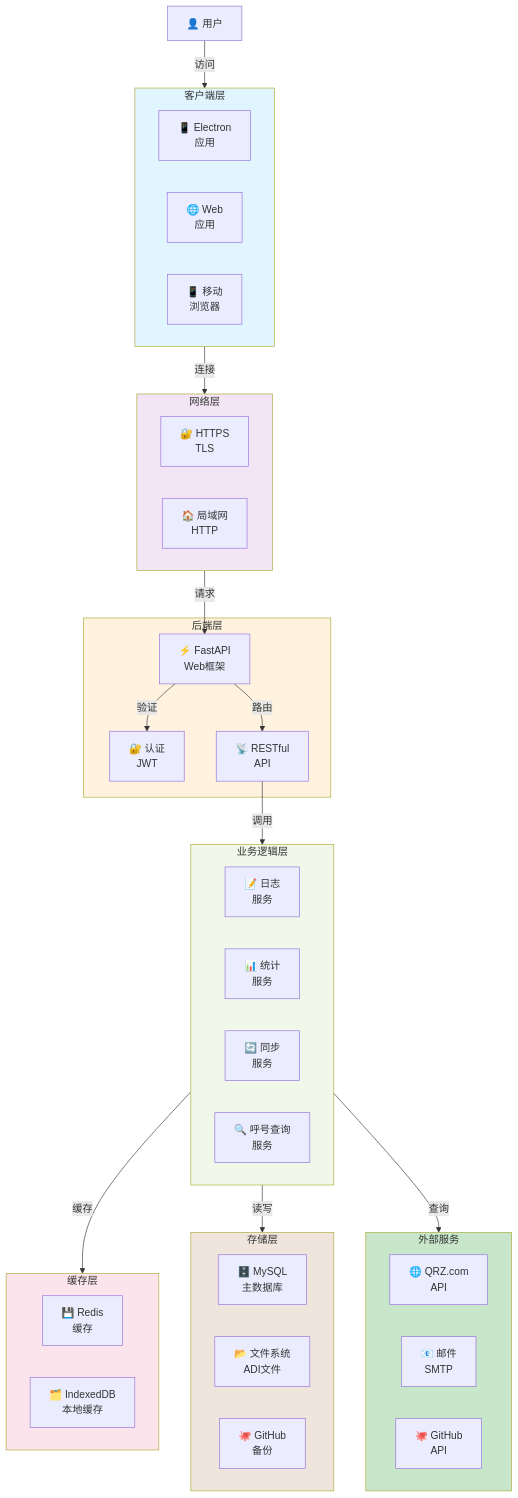
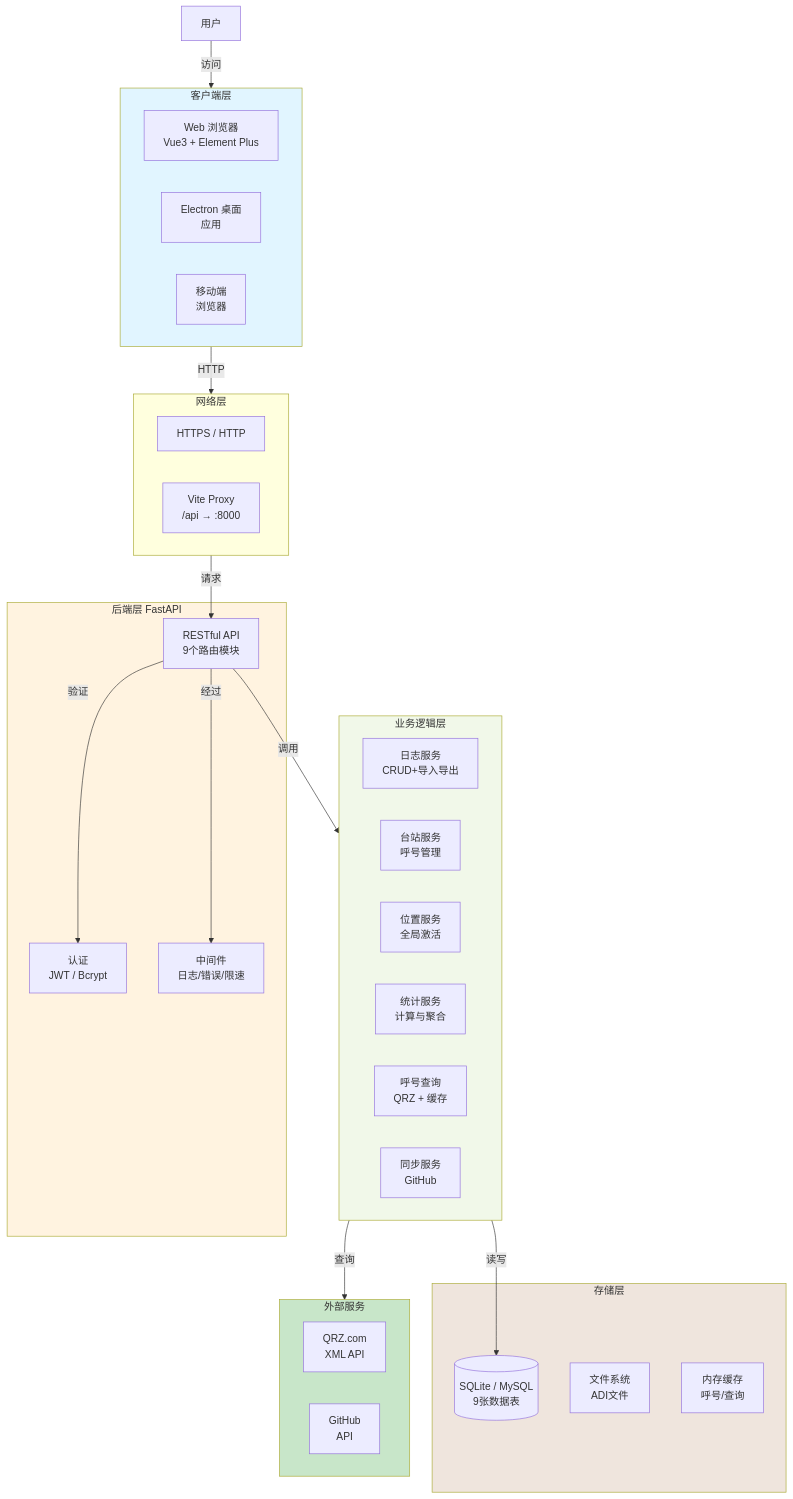
One commit to NanamiKite/radioManger changed the first of 13 diagrams in doc/07_系统架构图.md. Above: the diagram before and after it, drawn with Mermaid. The commit also changed other lines of this file and 83 other files, not shown here.

````diff
--- a/doc/07_系统架构图.md
+++ b/doc/07_系统架构图.md
@@ -5,63 +5,56 @@
 ```mermaid
 graph TB
-    User["👤 用户"]
-    
+    User["用户"]
+
     subgraph Client["客户端层"]
-        Electron["📱 Electron<br/>应用"]
-        Web["🌐 Web<br/>应用"]
-        Mobile["📱 移动<br/>浏览器"]
+        Web["Web 浏览器<br/>Vue3 + Element Plus"]
+        Electron["Electron 桌面<br/>应用"]
+        Mobile["移动端<br/>浏览器"]
     end
-    
+
     subgraph Network["网络层"]
-        HTTPS["🔐 HTTPS<br/>TLS"]
-        LAN["🏠 局域网<br/>HTTP"]
+        HTTPS["HTTPS / HTTP"]
+        DevProxy["Vite Proxy<br/>/api → :8000"]
     end
-    
-    subgraph Backend["后端层"]
-        FastAPI["⚡ FastAPI<br/>Web框架"]
-        Auth["🔐 认证<br/>JWT"]
-        API["📡 RESTful<br/>API"]
+
+    subgraph Backend["后端层 FastAPI"]
+        Auth["认证<br/>JWT / Bcrypt"]
+        API["RESTful API<br/>9个路由模块"]
+        Middleware["中间件<br/>日志/错误/限速"]
     end
-    
+
     subgraph Services["业务逻辑层"]
-        LogService["📝 日志<br/>服务"]
-        StatsService["📊 统计<br/>服务"]
-        SyncService["🔄 同步<br/>服务"]
-        QRZService["🔍 呼号查询<br/>服务"]
+        LogService["日志服务<br/>CRUD+导入导出"]
+        StationService["台站服务<br/>呼号管理"]
+        LocationService["位置服务<br/>全局激活"]
+        StatsService["统计服务<br/>计算与聚合"]
+        QRZService["呼号查询<br/>QRZ + 缓存"]
+        SyncService["同步服务<br/>GitHub"]
     end
-    
-    subgraph Cache["缓存层"]
-        Redis["💾 Redis<br/>缓存"]
-        LocalCache["🗂️ IndexedDB<br/>本地缓存"]
+
+    subgraph Storage["存储层"]
+        DB[("SQLite / MySQL<br/>9张数据表")]
+        FileSystem["文件系统<br/>ADI文件"]
+        Cache["内存缓存<br/>呼号/查询"]
     end
-    
-    subgraph Storage["存储层"]
-        MySQL["🗄️ MySQL<br/>主数据库"]
-        FileSystem["📂 文件系统<br/>ADI文件"]
-        GitHub["🐙 GitHub<br/>备份"]
+
+    subgraph External["外部服务"]
+        QRZ["QRZ.com<br/>XML API"]
+        GitHub["GitHub<br/>API"]
     end
-    
-    subgraph External["外部服务"]
-        QRZ["🌐 QRZ.com<br/>API"]
-        Email["📧 邮件<br/>SMTP"]
-        GH["🐙 GitHub<br/>API"]
-    end
-    
+
     User -->|访问| Client
-    Client -->|连接| Network
-    Network -->|请求| FastAPI
-    FastAPI -->|验证| Auth
-    FastAPI -->|路由| API
+    Client -->|HTTP| Network
+    Network -->|请求| API
+    API -->|验证| Auth
+    API -->|经过| Middleware
     API -->|调用| Services
-    Services -->|缓存| Cache
-    Services -->|读写| Storage
+    Services -->|读写| DB
     Services -->|查询| External
-    
+
     style Client fill:#e1f5ff
-    style Network fill:#f3e5f5
     style Backend fill:#fff3e0
     style Services fill:#f1f8e9
-    style Cache fill:#fce4ec
     style Storage fill:#efe5dd
     style External fill:#c8e6c9
 ```
````
